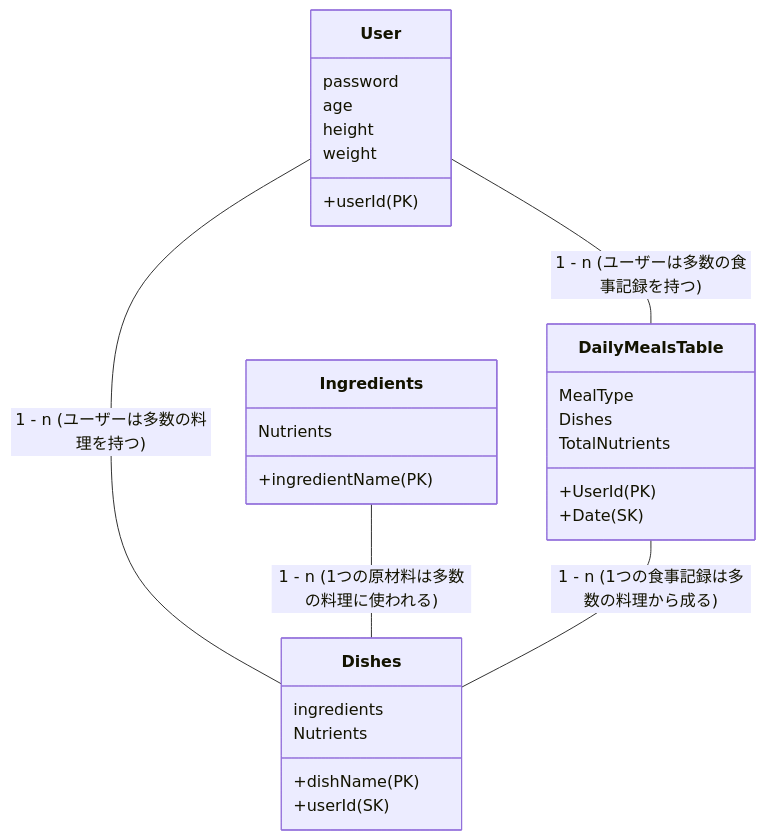
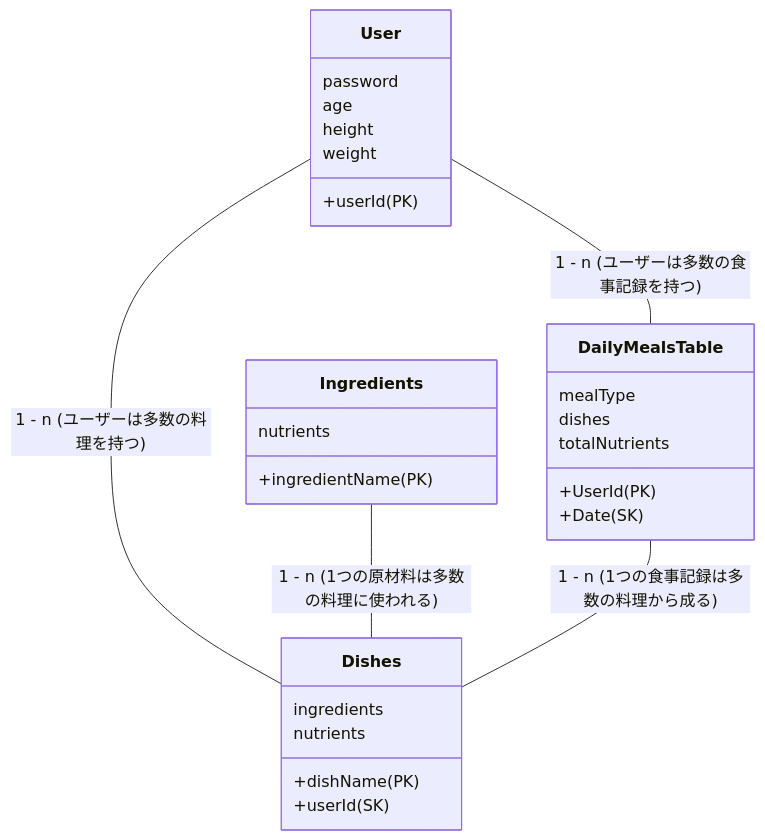
The diagram in README.md (taichi-126/mti-inter), drawn with Mermaid before and after one commit. The commit also changed other lines of this file, not shown here.

````diff
--- a/README.md
+++ b/README.md
@@ -7,36 +7,36 @@
 ```mermaid
 classDiagram
     User -- DailyMealsTable : 1 - n (ユーザーは多数の食事記録を持つ)
     User -- Dishes : 1 - n (ユーザーは多数の料理を持つ)
     Ingredients -- Dishes : 1 - n (1つの原材料は多数の料理に使われる)
     DailyMealsTable -- Dishes : 1 - n (1つの食事記録は多数の料理から成る)
 
     class User {
         +userId (PK)
         password
         age
         height
 　　　　　　　　　　　　　　　　weight
     }
 
     class Dishes {
         +dishName (PK)
         +userId (SK)
         ingredients
-        Nutrients
+        nutrients
     }
 
     class DailyMealsTable {
         +UserId (PK)
         +Date (SK)
-        MealType
-        Dishes
-        TotalNutrients
+        mealType
+        dishes
+        totalNutrients
     }
 
     class Ingredients {
         +ingredientName (PK)
-        Nutrients
+        nutrients
     }
 
 ```
````
